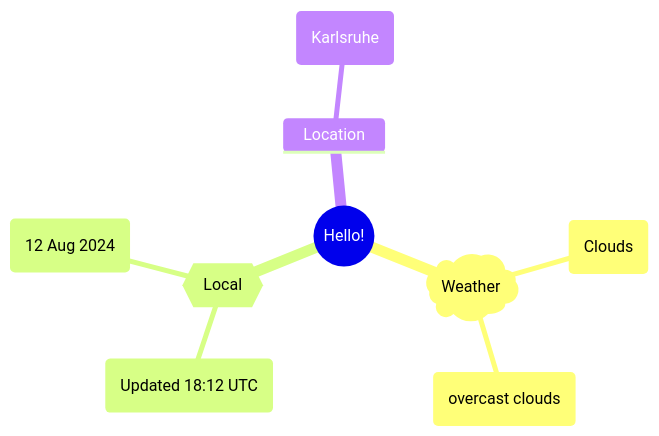
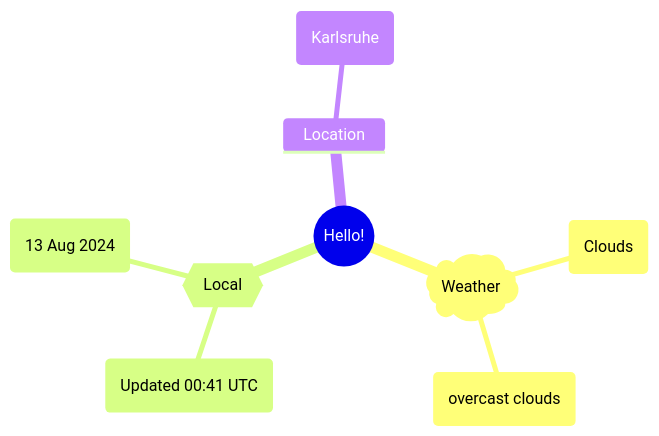
The first of 2 diagrams in README.md (Xosrov/Xosrov), drawn with Mermaid before and after one commit.

Commit message:
[bot] updated images

````diff
--- a/README.md
+++ b/README.md
@@ -3,12 +3,12 @@
 ```mermaid
 mindmap
   root((Hello!))
     )Weather(
         (Clouds)
         (overcast clouds)
     {{Local}}
-        (Updated 18:12 UTC)
-        (12 Aug 2024)
+        (Updated 00:41 UTC)
+        (13 Aug 2024)
     Location
         (Karlsruhe)
 ```
````
